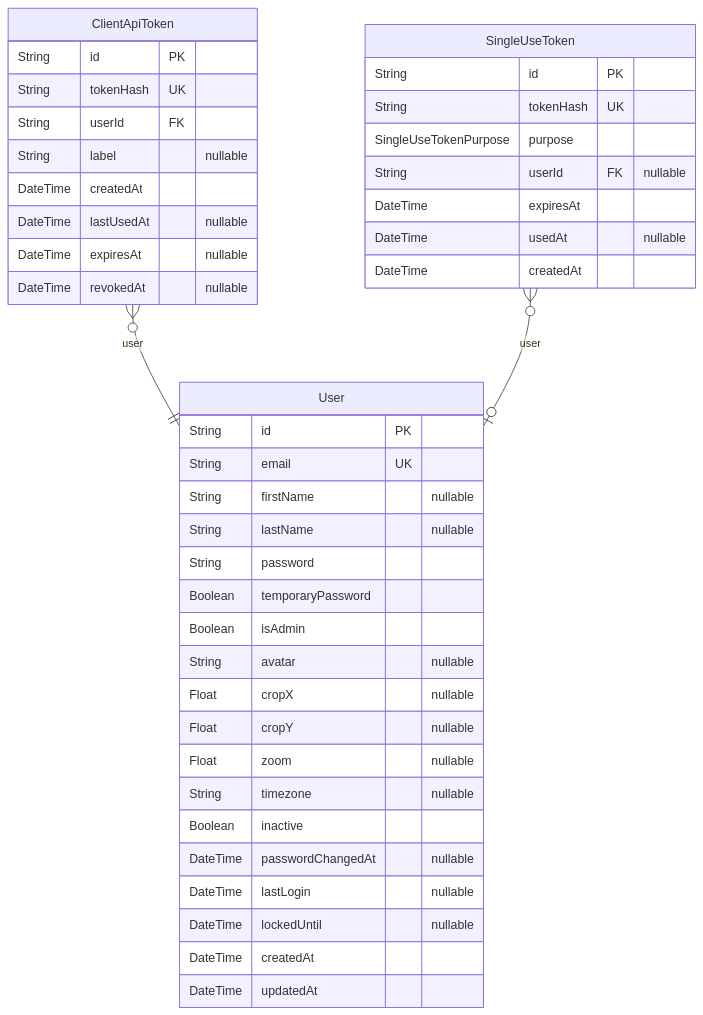
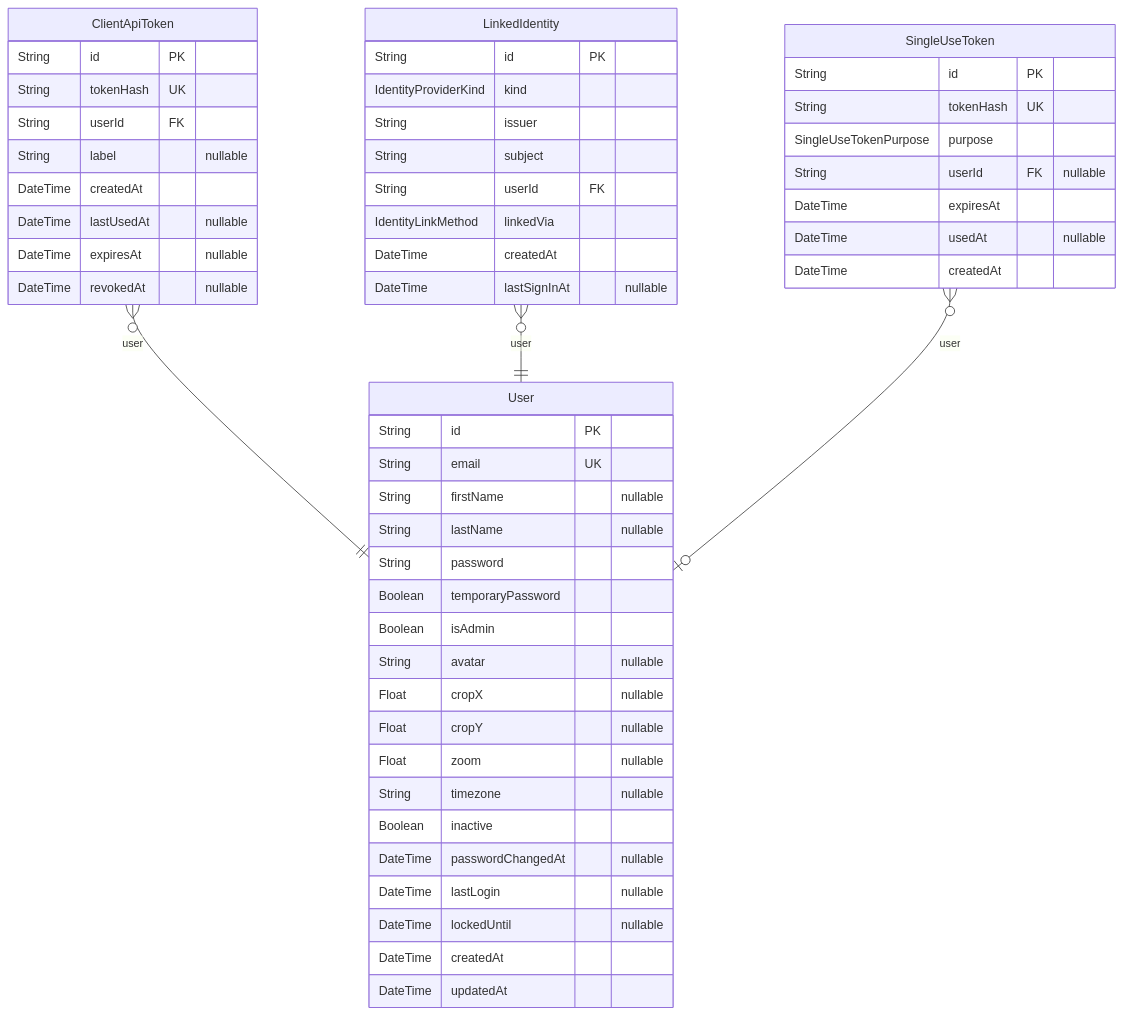
The first of 5 diagrams in docs-site/docs/reference/database-schema.md (PennStateCS/AFCT), drawn with Mermaid before and after one commit. The commit also changed other lines of this file and 4 other files, not shown here.

First line of the commit message:
add linked identities, keyed on issuer and subject

````diff
--- a/docs-site/docs/reference/database-schema.md
+++ b/docs-site/docs/reference/database-schema.md
@@ -13,44 +13,55 @@
 ```mermaid
 erDiagram
 "User" {
   String id PK
   String email UK
   String firstName "nullable"
   String lastName "nullable"
   String password
   Boolean temporaryPassword
   Boolean isAdmin
   String avatar "nullable"
   Float cropX "nullable"
   Float cropY "nullable"
   Float zoom "nullable"
   String timezone "nullable"
   Boolean inactive
   DateTime passwordChangedAt "nullable"
   DateTime lastLogin "nullable"
   DateTime lockedUntil "nullable"
   DateTime createdAt
   DateTime updatedAt
 }
 "ClientApiToken" {
   String id PK
   String tokenHash UK
   String userId FK
   String label "nullable"
   DateTime createdAt
   DateTime lastUsedAt "nullable"
   DateTime expiresAt "nullable"
   DateTime revokedAt "nullable"
 }
+"LinkedIdentity" {
+  String id PK
+  IdentityProviderKind kind
+  String issuer
+  String subject
+  String userId FK
+  IdentityLinkMethod linkedVia
+  DateTime createdAt
+  DateTime lastSignInAt "nullable"
+}
 "SingleUseToken" {
   String id PK
   String tokenHash UK
   SingleUseTokenPurpose purpose
   String userId FK "nullable"
   DateTime expiresAt
   DateTime usedAt "nullable"
   DateTime createdAt
 }
 "ClientApiToken" }o--|| "User" : user
+"LinkedIdentity" }o--|| "User" : user
 "SingleUseToken" }o--o| "User" : user
 ```
````
